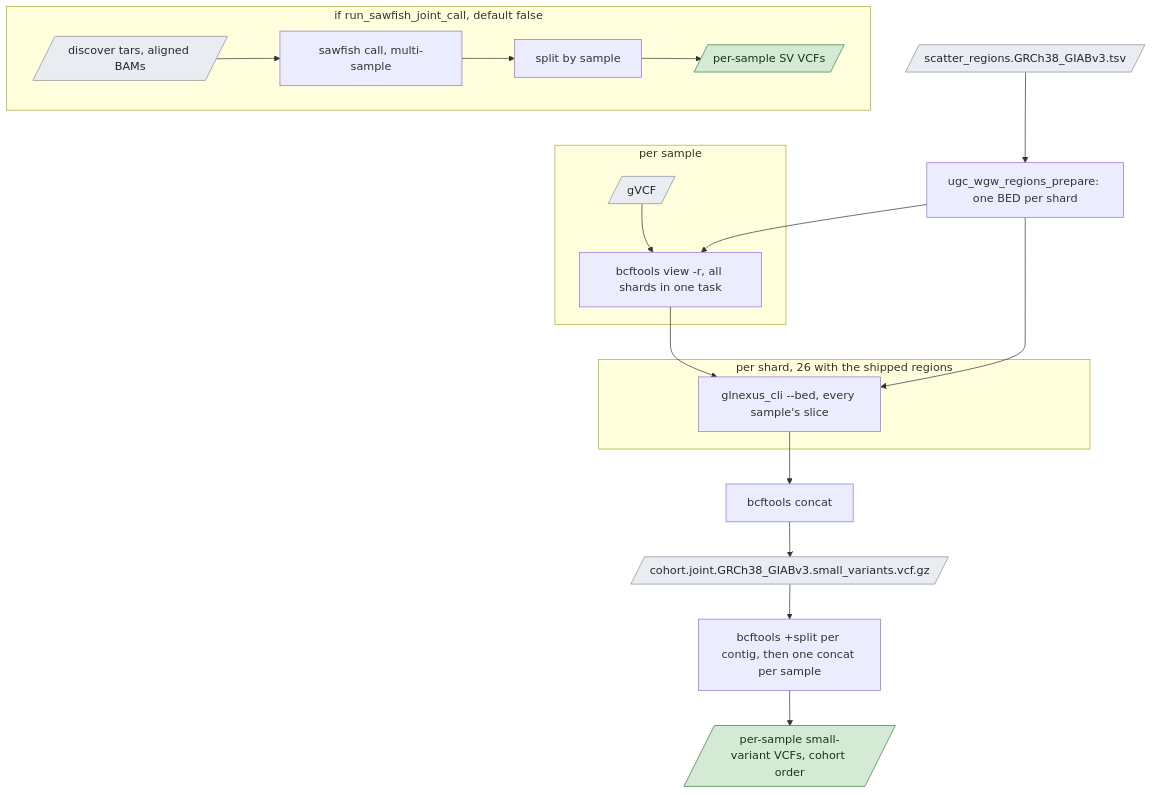
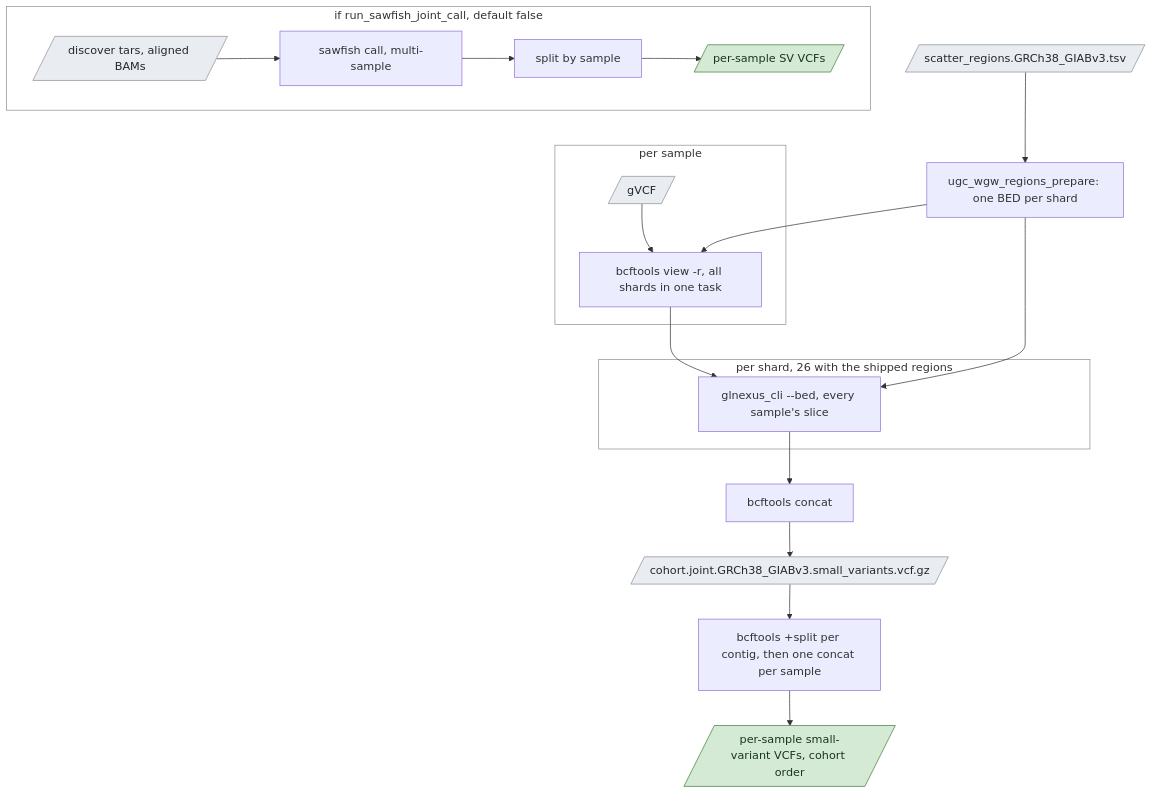
One commit to UppsalaGenomeCenter/ugc-wgw changed the diagram in docs/guide/stages/cohort_call.md. Above: the diagram before and after it, drawn with Mermaid. The commit also changed 19 other files, not shown here.

````diff
--- a/docs/guide/stages/cohort_call.md
+++ b/docs/guide/stages/cohort_call.md
@@ -15,20 +15,22 @@
 ```mermaid
 flowchart TD
   regions[/"scatter_regions.GRCh38_GIABv3.tsv"/]:::data --> prep["ugc_wgw_regions_prepare: one BED per shard"]
   subgraph slice["per sample"]
     gv[/"gVCF"/]:::data --> sl["bcftools view -r, all shards in one task"]
   end
   prep --> sl
   subgraph shard["per shard, 26 with the shipped regions"]
     gl["glnexus_cli --bed, every sample's slice"]
   end
   sl --> gl
   prep --> gl
   gl --> concat["bcftools concat"] --> cvcf[/"cohort.joint.GRCh38_GIABv3.small_variants.vcf.gz"/]:::data
   cvcf --> split["bcftools +split per contig, then one concat per sample"] --> per[/"per-sample small-variant VCFs, cohort order"/]:::result
   subgraph sv["if run_sawfish_joint_call, default false"]
     tars[/"discover tars, aligned BAMs"/]:::data --> sc["sawfish call, multi-sample"] --> ssplit["split by sample"] --> psv[/"per-sample SV VCFs"/]:::result
   end
   classDef data fill:#e9edf1,stroke:#8a8f95,color:#22272e
   classDef result fill:#d5ead4,stroke:#3f7d3c,color:#17361a
+  classDef box fill:none,stroke:#8a8f95
+  class slice,shard,sv box
 ```
````
